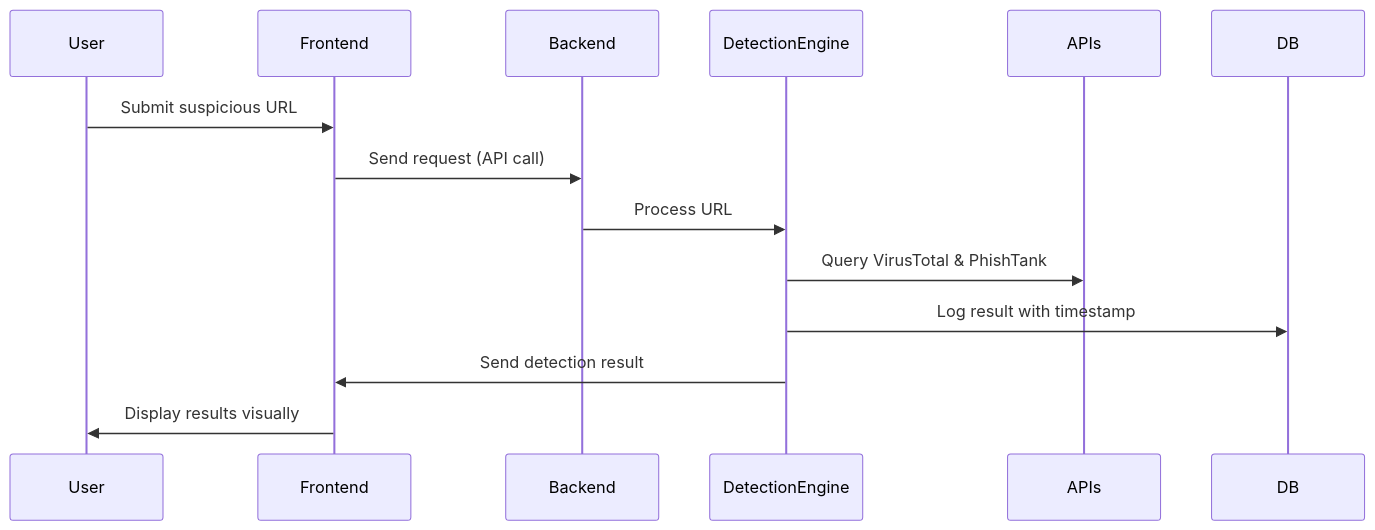
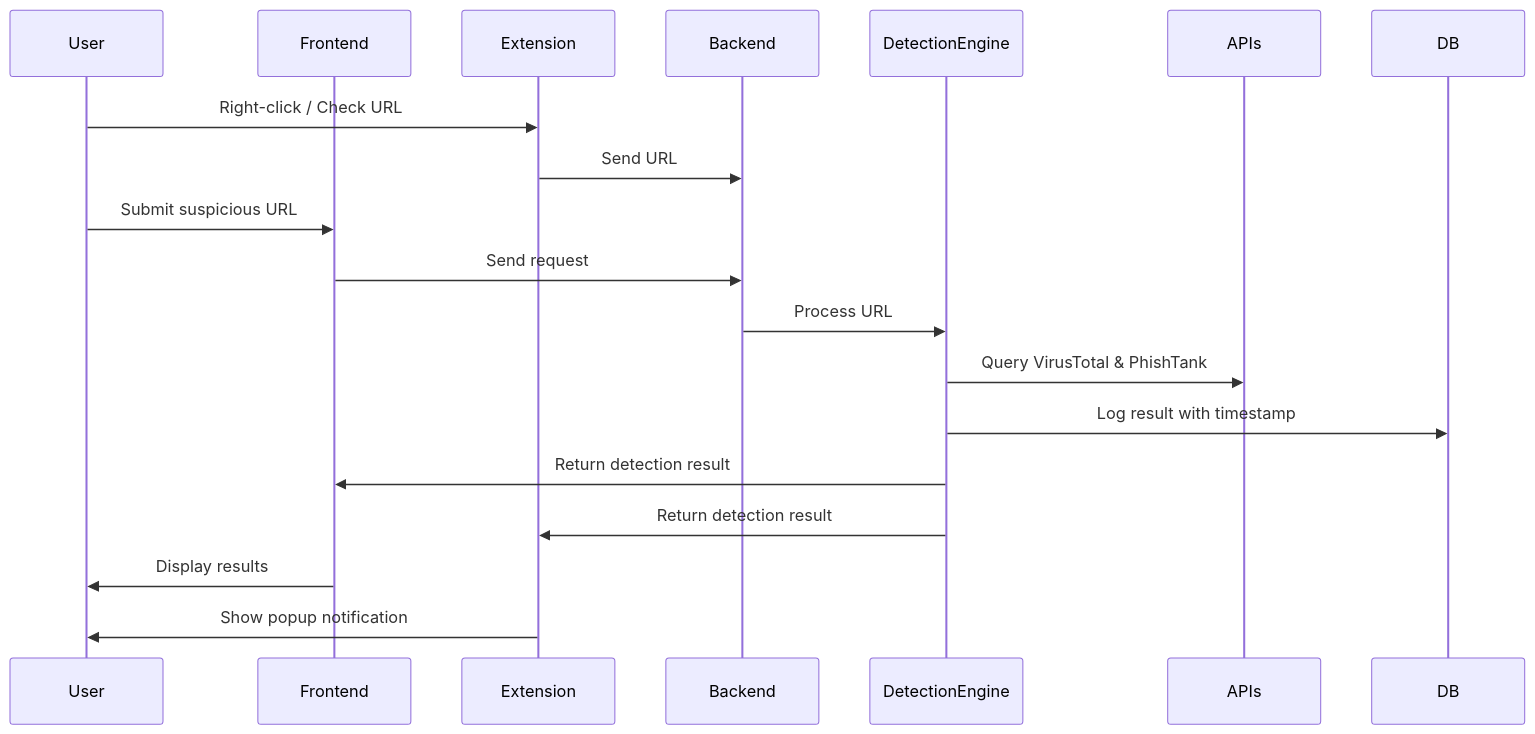
Before and after one commit to rajveerkushwaha/PHISHGUARD-AI: the second of 2 diagrams in README.md, drawn with Mermaid. The commit also changed other lines of this file, not shown here.

````diff
--- a/README.md
+++ b/README.md
@@ -142,17 +155,22 @@
 ```mermaid
 sequenceDiagram
     participant User
     participant Frontend
+    participant Extension
     participant Backend
     participant DetectionEngine
     participant APIs
     participant DB
 
+    User->>Extension: Right-click / Check URL
+    Extension->>Backend: Send URL
     User->>Frontend: Submit suspicious URL
-    Frontend->>Backend: Send request (API call)
+    Frontend->>Backend: Send request
     Backend->>DetectionEngine: Process URL
     DetectionEngine->>APIs: Query VirusTotal & PhishTank
     DetectionEngine->>DB: Log result with timestamp
-    DetectionEngine->>Frontend: Send detection result
-    Frontend->>User: Display results visually
+    DetectionEngine->>Frontend: Return detection result
+    DetectionEngine->>Extension: Return detection result
+    Frontend->>User: Display results
+    Extension->>User: Show popup notification
 ```
````
